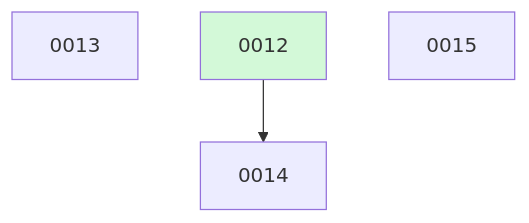
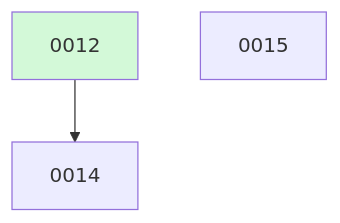
The diagram in docs/changes/BOARD.md (ethanhinson/fuse), drawn with Mermaid before and after one commit. The commit also changed other lines of this file, not shown here.

````diff
--- a/docs/changes/BOARD.md
+++ b/docs/changes/BOARD.md
@@ -18,8 +12,7 @@
 ```mermaid
 graph TD
-  0013
   0012 --> 0014
   0015
   0012:::done
   classDef done fill:#d3f9d8;
 ```
````
